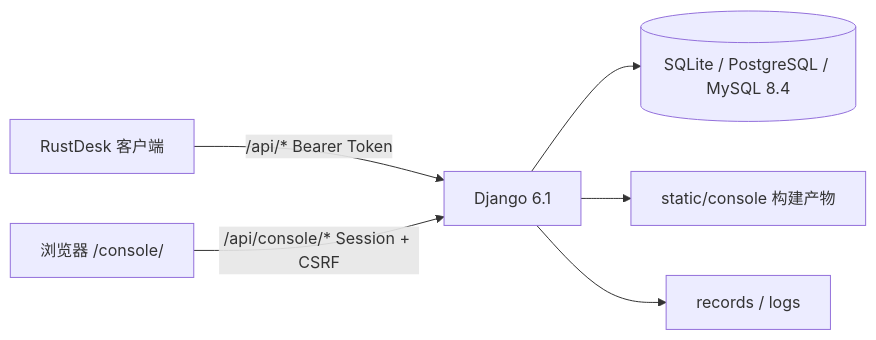
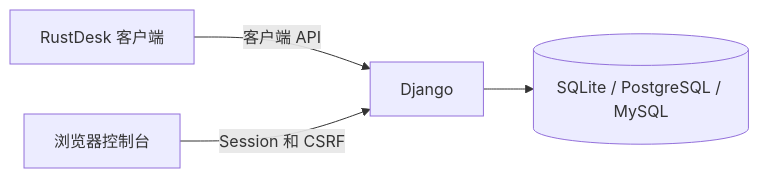
The diagram in README.md (yunxilyf/rustdesk-api), drawn with Mermaid before and after one commit. The commit also changed other lines of this file and 85 other files, not shown here.

````diff
--- a/README.md
+++ b/README.md
@@ -24,8 +25,6 @@
 ```mermaid
 flowchart LR
-  C[RustDesk 客户端] -->|/api/* Bearer Token| D[Django 6.1]
-  B[浏览器 /console/] -->|/api/console/* Session + CSRF| D
-  D --> DB[(SQLite / PostgreSQL / MySQL 8.4)]
-  D --> S[static/console 构建产物]
-  D --> R[records / logs]
+  C["RustDesk 客户端"] -->|客户端 API| D["Django"]
+  B["浏览器控制台"] -->|Session 和 CSRF| D
+  D --> DB[("SQLite / PostgreSQL / MySQL")]
 ```
````
